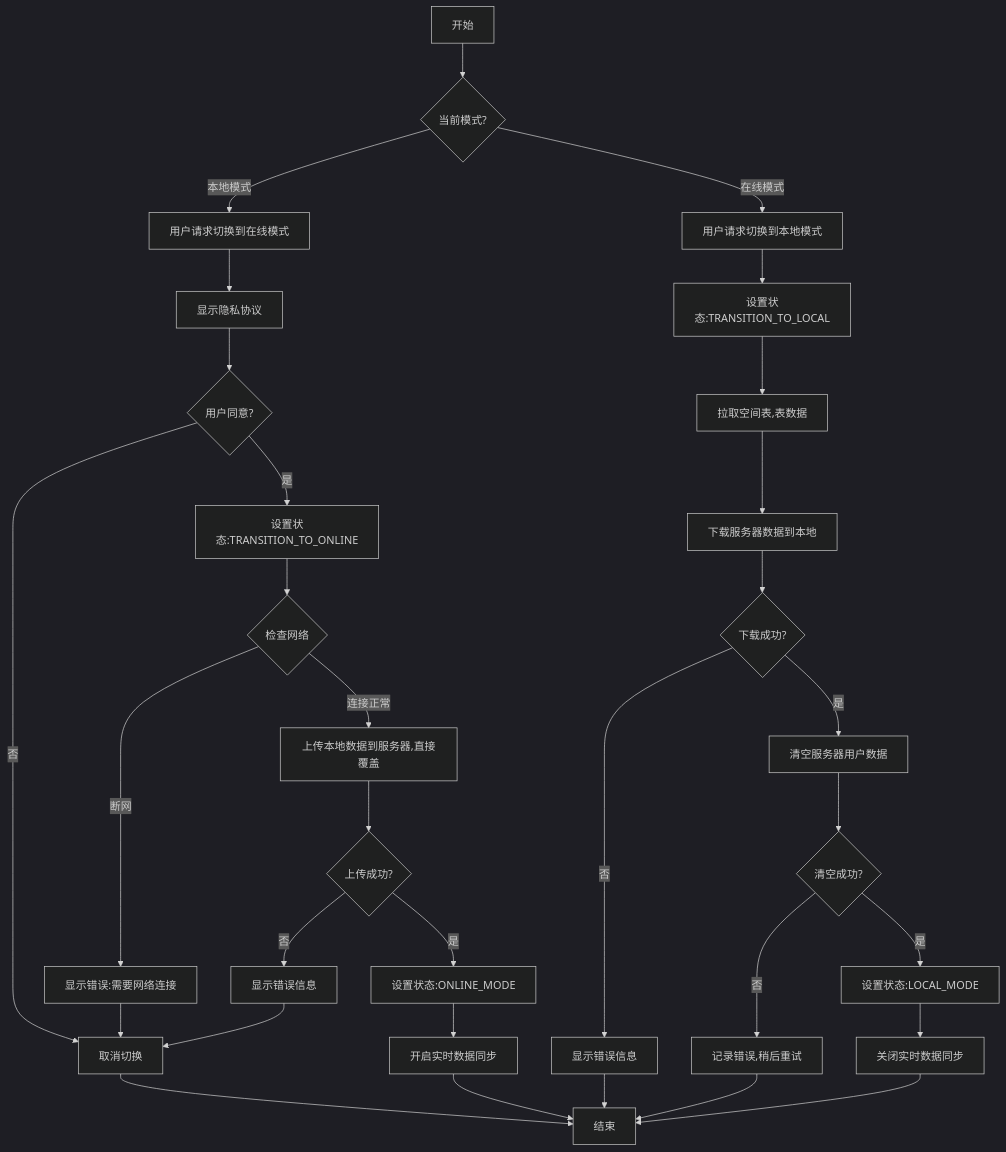
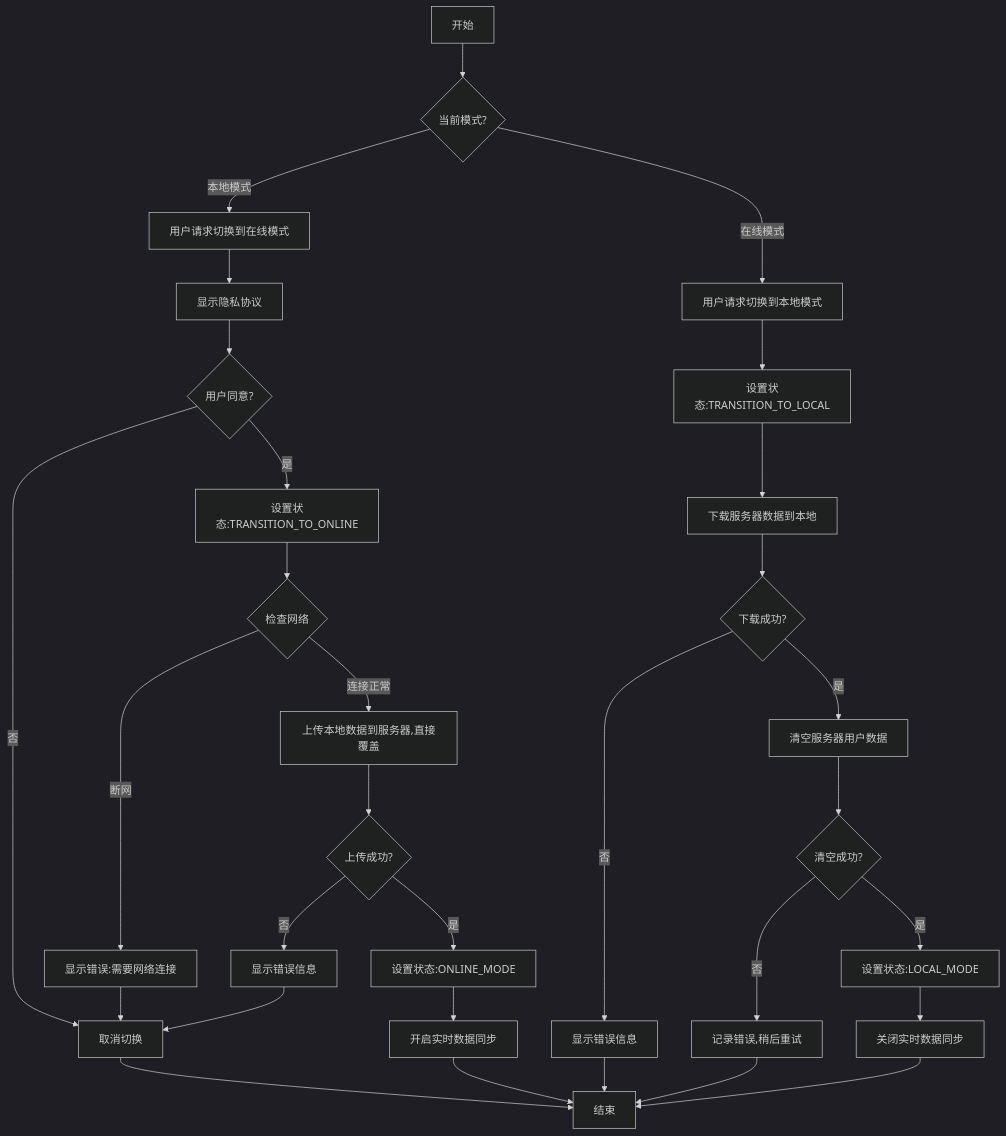
Before and after one commit to yingjianzh/iodraw-files: the diagram in all/未命名-50.md, drawn with Mermaid (dark theme).

Commit message:
2025-05-08 16:11:48 update

````diff
--- a/all/未命名-50.md
+++ b/all/未命名-50.md
@@ -1,39 +1,37 @@
 ```mermaid
 
 flowchart TD
     A[开始] --> B{当前模式?}
     
     B -->|本地模式| C[用户请求切换到在线模式]
     C --> F[显示隐私协议]
     F --> G{用户同意?}
     G -->|否| H[取消切换]
     H --> Z[结束]
     G -->|是| I[设置状态:TRANSITION_TO_ONLINE]
     I --> J{检查网络}
     J -->|断网| K[显示错误:需要网络连接]
     K --> H
     J -->|连接正常| O[上传本地数据到服务器,直接覆盖]
     O --> P{上传成功?}
     P -->|否| Q[显示错误信息]
     Q --> H
     P -->|是| R[设置状态:ONLINE_MODE]
     R --> S[开启实时数据同步]
     S --> Z
     
     B -->|在线模式| T[用户请求切换到本地模式]
     T --> U[设置状态:TRANSITION_TO_LOCAL]
-    U --> V[拉取空间表,表数据]
-    
-    V --> X[下载服务器数据到本地]
+    U -->  X[下载服务器数据到本地]
     X --> Y{下载成功?}
     Y -->|否| AA2[显示错误信息]
     AA2 --> Z
     Y -->|是| AB2[清空服务器用户数据]
     AB2 --> AC2{清空成功?}
     AC2 -->|否| AD2[记录错误,稍后重试]
     AD2 --> Z
     AC2 -->|是| AE[设置状态:LOCAL_MODE]
     AE --> AF[关闭实时数据同步]
     AF --> Z
 
 ```
````
